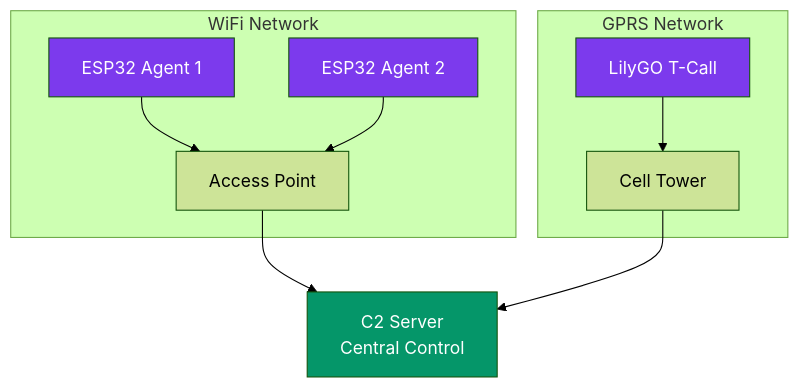
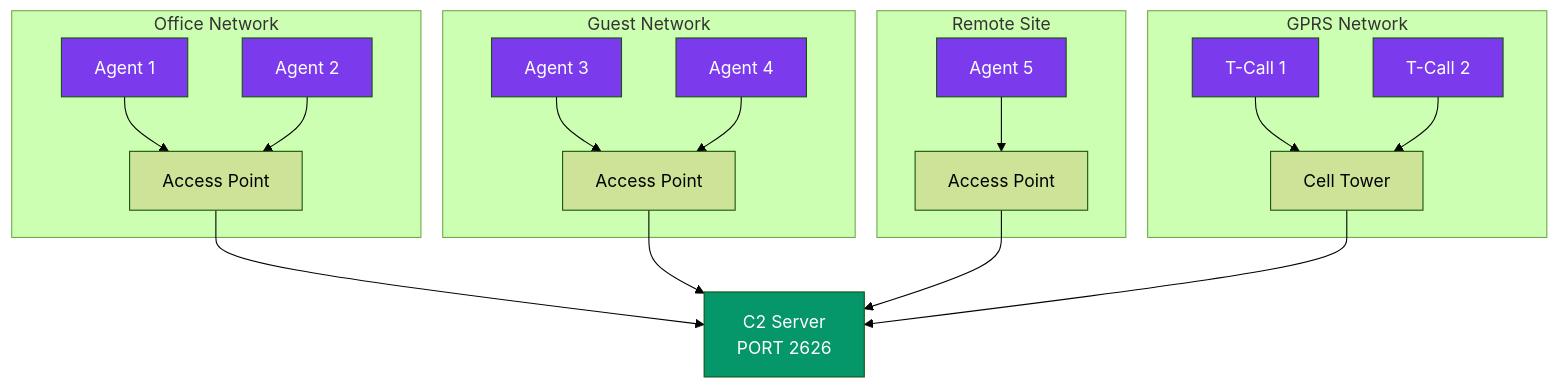
One commit to Espilon-Net/espilon-docs changed the fourth of 7 diagrams in docs/getting-started/architecture.md. Above: the diagram before and after it, drawn with Mermaid (forest theme). The commit also changed other lines of this file and 12 other files, not shown here.

````diff
--- a/docs/getting-started/architecture.md
+++ b/docs/getting-started/architecture.md
@@ -92,27 +130,51 @@
 ```mermaid
 graph TB
-    C2[C2 Server<br/>Central Control]
+    C2[C2 Server<br/>PORT 2626]
 
-    subgraph "WiFi Network"
-        ESP1[ESP32 Agent 1]
-        ESP2[ESP32 Agent 2]
-        AP[Access Point]
+    subgraph Network1["Office Network"]
+        ESP1[Agent 1]
+        ESP2[Agent 2]
+        AP1[Access Point]
     end
 
-    subgraph "GPRS Network"
-        ESP3[LilyGO T-Call]
+    subgraph Network2["Guest Network"]
+        ESP3[Agent 3]
+        ESP4[Agent 4]
+        AP2[Access Point]
+    end
+
+    subgraph Network3["Remote Site"]
+        ESP5[Agent 5]
+        AP3[Access Point]
+    end
+
+    subgraph GPRSNetwork["GPRS Network"]
+        ESP6[T-Call 1]
+        ESP7[T-Call 2]
         TOWER[Cell Tower]
     end
 
-    ESP1 --> AP
-    ESP2 --> AP
-    AP --> C2
+    ESP1 --> AP1
+    ESP2 --> AP1
+    AP1 --> C2
 
-    ESP3 --> TOWER
+    ESP3 --> AP2
+    ESP4 --> AP2
+    AP2 --> C2
+
+    ESP5 --> AP3
+    AP3 --> C2
+
+    ESP6 --> TOWER
+    ESP7 --> TOWER
     TOWER --> C2
 
     style C2 fill:#059669,color:#fff
     style ESP1 fill:#7c3aed,color:#fff
     style ESP2 fill:#7c3aed,color:#fff
     style ESP3 fill:#7c3aed,color:#fff
+    style ESP4 fill:#7c3aed,color:#fff
+    style ESP5 fill:#7c3aed,color:#fff
+    style ESP6 fill:#7c3aed,color:#fff
+    style ESP7 fill:#7c3aed,color:#fff
 ```
````
